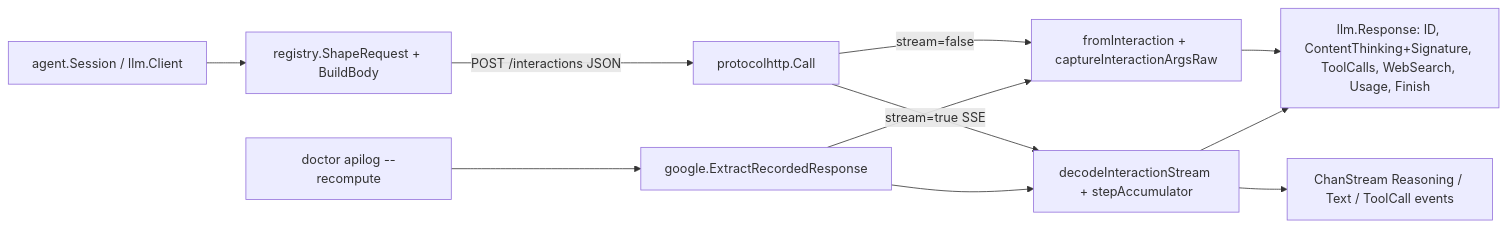
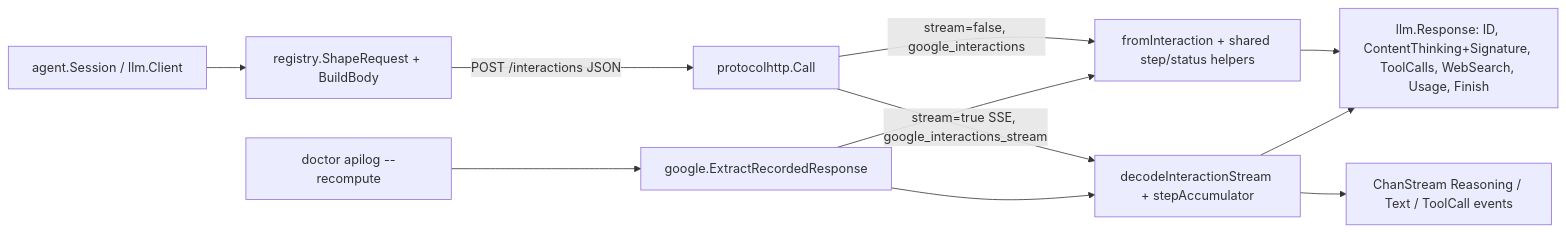
The diagram in docs/superpowers/specs/2026-11-19-google-interactions-api-design.md (prime-radiant-inc/evener), drawn with Mermaid before and after one commit. The commit also changed other lines of this file, not shown here.

First line of the commit message:
docs(spec): resolve design review findings and simplify Interactions spec

````diff
--- a/docs/superpowers/specs/2026-11-19-google-interactions-api-design.md
+++ b/docs/superpowers/specs/2026-11-19-google-interactions-api-design.md
@@ -69,13 +65,13 @@
 ```mermaid
 flowchart LR
     Session[agent.Session / llm.Client] --> Shape[registry.ShapeRequest + BuildBody]
     Shape -->|POST /interactions JSON| HTTP[protocolhttp.Call]
-    HTTP -->|stream=false| DecodeJSON[fromInteraction + captureInteractionArgsRaw]
-    HTTP -->|stream=true SSE| DecodeSSE[decodeInteractionStream + stepAccumulator]
+    HTTP -->|stream=false, google_interactions| DecodeJSON[fromInteraction + shared step/status helpers]
+    HTTP -->|stream=true SSE, google_interactions_stream| DecodeSSE[decodeInteractionStream + stepAccumulator]
     DecodeSSE --> StreamEvents[ChanStream Reasoning / Text / ToolCall events]
     DecodeJSON --> Resp[llm.Response: ID, ContentThinking+Signature, ToolCalls, WebSearch, Usage, Finish]
     DecodeSSE --> Resp
     APILog[doctor apilog --recompute] --> Recompute[google.ExtractRecordedResponse]
     Recompute --> DecodeJSON
     Recompute --> DecodeSSE
 ```
````
